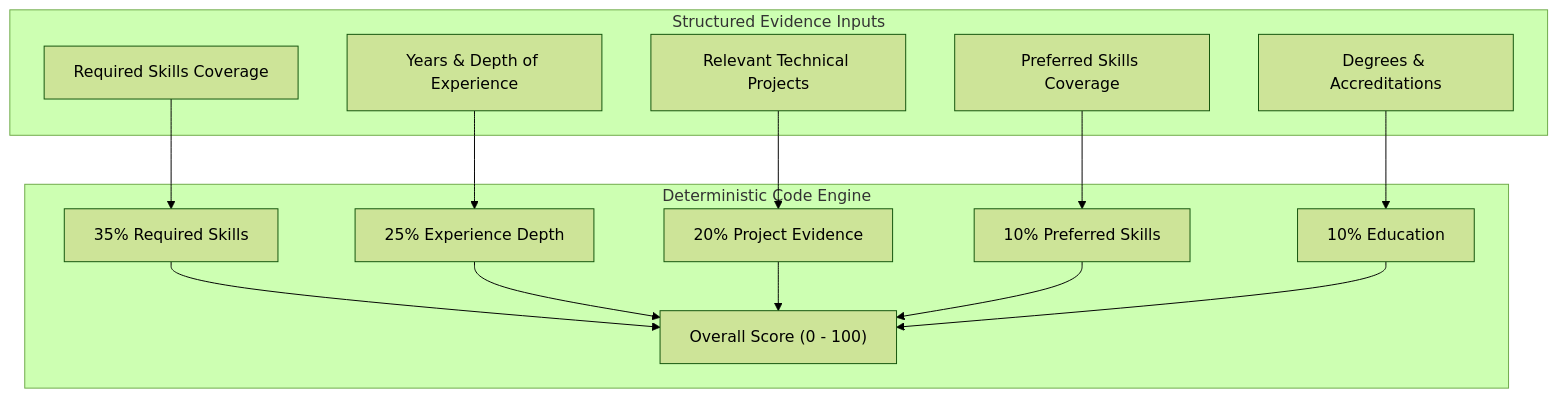
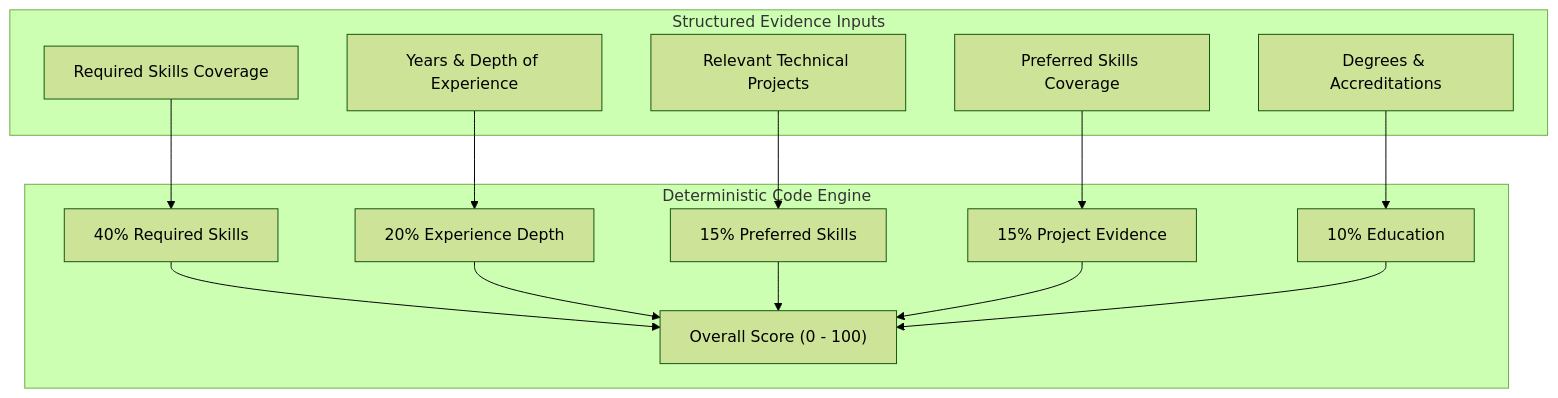
The diagram in docs/09_EXPLAINABLE_SCORING.md (dharmikvaliya/TalentFlow-AI-CypherMatrix), drawn with Mermaid (forest theme) before and after one commit. The commit also changed other lines of this file and 18 other files, not shown here.

````diff
--- a/docs/09_EXPLAINABLE_SCORING.md
+++ b/docs/09_EXPLAINABLE_SCORING.md
@@ -30,25 +30,25 @@
 ```mermaid
 graph TD
     subgraph Evidence_Inputs ["Structured Evidence Inputs"]
         RReq[Required Skills Coverage]
         RExp[Years & Depth of Experience]
         RProj[Relevant Technical Projects]
         RPref[Preferred Skills Coverage]
         REdu[Degrees & Accreditations]
     end
 
     subgraph Weighted_Formula ["Deterministic Code Engine"]
-        W1["35% Required Skills"]
-        W2["25% Experience Depth"]
-        W3["20% Project Evidence"]
-        W4["10% Preferred Skills"]
+        W1["40% Required Skills"]
+        W2["20% Experience Depth"]
+        W3["15% Preferred Skills"]
+        W4["15% Project Evidence"]
         W5["10% Education"]
         Formula["Overall Score (0 - 100)"]
     end
 
     RReq --> W1 --> Formula
     RExp --> W2 --> Formula
     RProj --> W3 --> Formula
     RPref --> W4 --> Formula
     REdu --> W5 --> Formula
 ```
````
